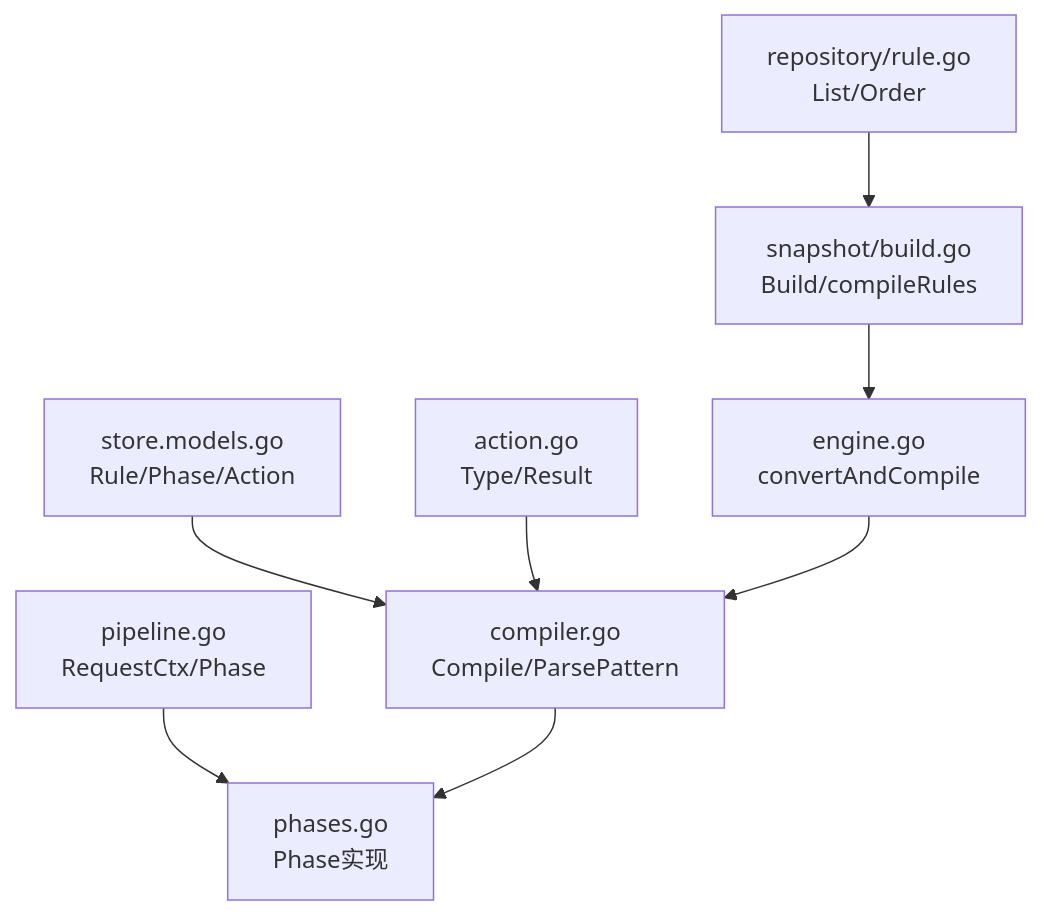
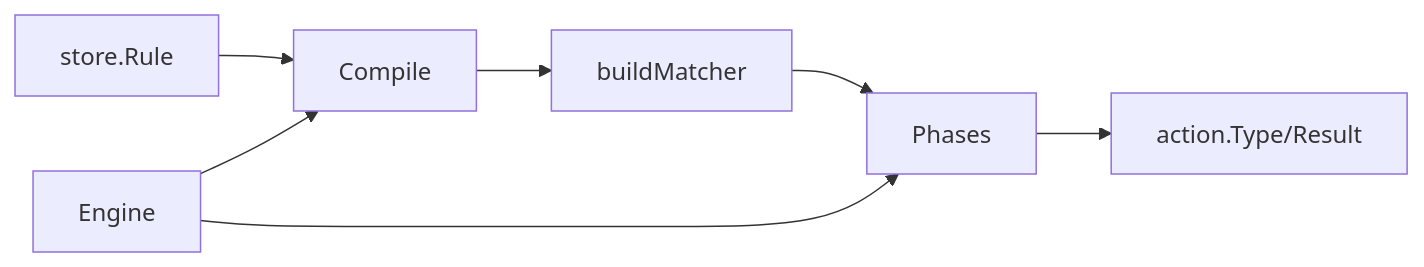
Before and after one commit to x01n/My-OpenWaf: the ninth of 9 diagrams in docs/WAF 引擎系统/规则编译器.md, drawn with Mermaid. The commit also changed other lines of this file and 199 other files, not shown here.

````diff
--- a/docs/WAF 引擎系统/规则编译器.md
+++ b/docs/WAF 引擎系统/规则编译器.md
@@ -338,10 +381,9 @@
 ```mermaid
-graph TB
-ST["store.models.go<br/>Rule/Phase/Action"] --> CR["compiler.go<br/>Compile/ParsePattern"]
-ACT["action.go<br/>Type/Result"] --> CR
-PIPE["pipeline.go<br/>RequestCtx/Phase"] --> PH["phases.go<br/>Phase实现"]
-REPO["repository/rule.go<br/>List/Order"] --> SNAP["snapshot/build.go<br/>Build/compileRules"]
-SNAP --> ENG["engine.go<br/>convertAndCompile"]
-ENG --> CR
-CR --> PH
+graph LR
+STORE["store.Rule"] --> COMP["Compile"]
+COMP --> MATCH["buildMatcher"]
+MATCH --> PH["Phases"]
+PH --> ACT["action.Type/Result"]
+ENG["Engine"] --> PH
+ENG --> COMP
 ```
````
